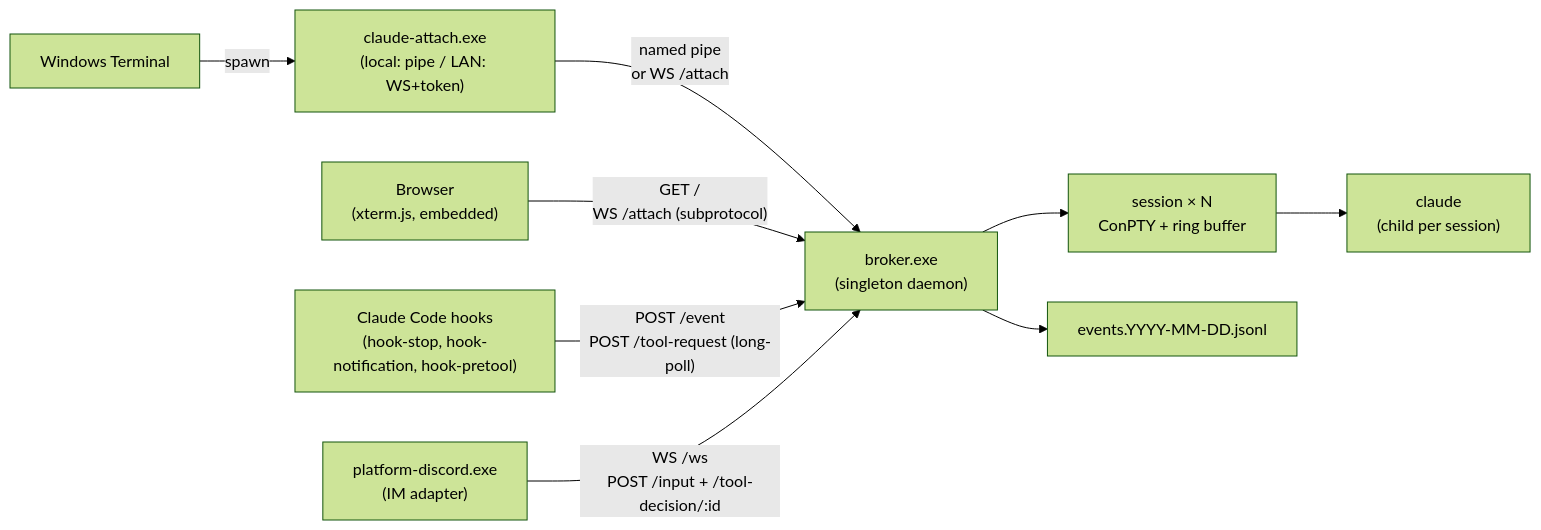
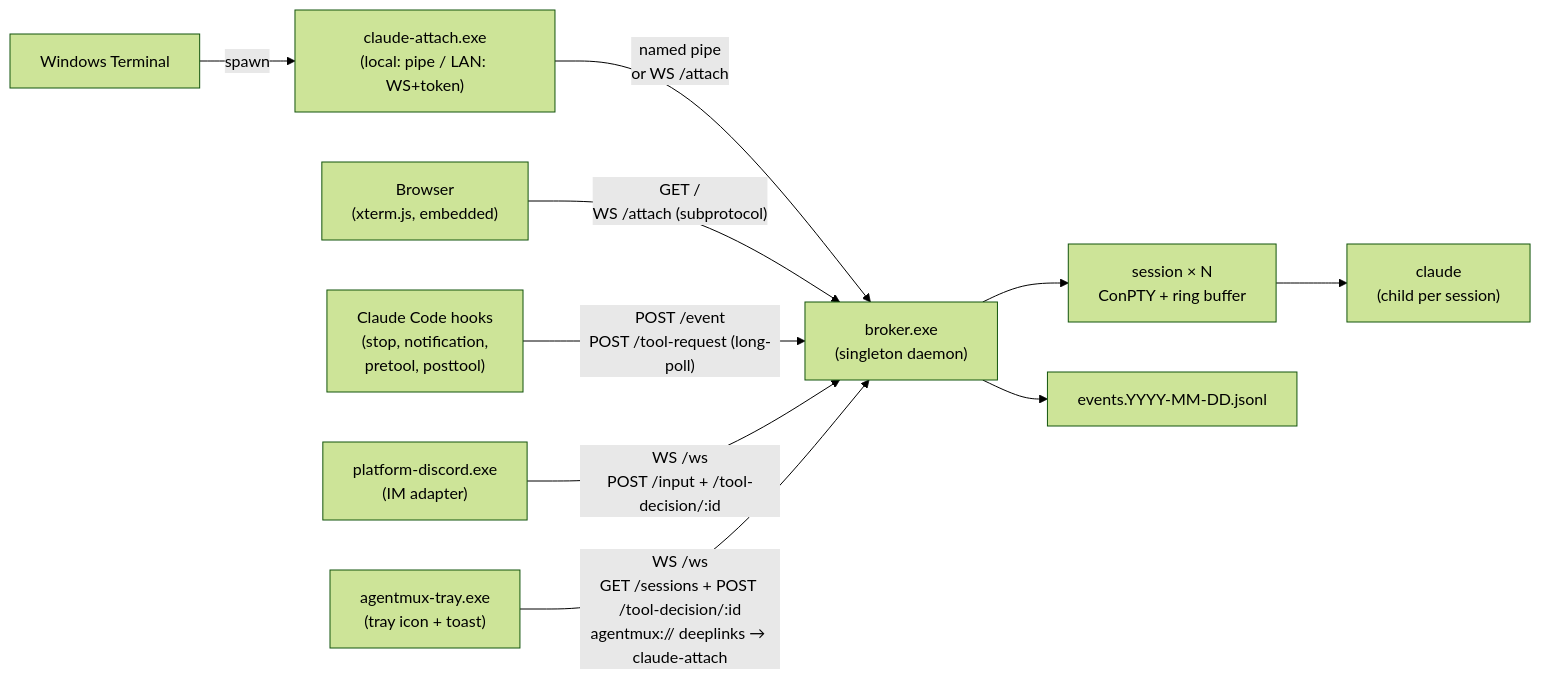
The diagram in README.md (TornLux/agentmux), drawn with Mermaid (forest theme) before and after one commit. The commit also changed other lines of this file and 3 other files, not shown here.

````diff
--- a/README.md
+++ b/README.md
@@ -48,21 +50,23 @@
 ```mermaid
 flowchart LR
     Term["Windows Terminal"]
     Browser["Browser<br/>(xterm.js, embedded)"]
-    Hooks["Claude Code hooks<br/>(hook-stop, hook-notification, hook-pretool)"]
+    Hooks["Claude Code hooks<br/>(stop, notification,<br/>pretool, posttool)"]
     Attach["claude-attach.exe<br/>(local: pipe / LAN: WS+token)"]
     Discord["platform-discord.exe<br/>(IM adapter)"]
+    Tray["agentmux-tray.exe<br/>(tray icon + toast)"]
     Broker["broker.exe<br/>(singleton daemon)"]
     Sess["session × N<br/>ConPTY + ring buffer"]
     Claude["claude<br/>(child per session)"]
     Events["events.YYYY-MM-DD.jsonl"]
 
     Term -- "spawn" --> Attach
     Attach -- "named pipe<br/>or WS /attach" --> Broker
     Browser -- "GET /<br/>WS /attach (subprotocol)" --> Broker
     Hooks -- "POST /event<br/>POST /tool-request (long-poll)" --> Broker
     Discord -- "WS /ws<br/>POST /input + /tool-decision/:id" --> Broker
+    Tray -- "WS /ws<br/>GET /sessions + POST /tool-decision/:id<br/>agentmux:// deeplinks → claude-attach" --> Broker
     Broker --> Sess
     Sess --> Claude
     Broker --> Events
 ```
````
